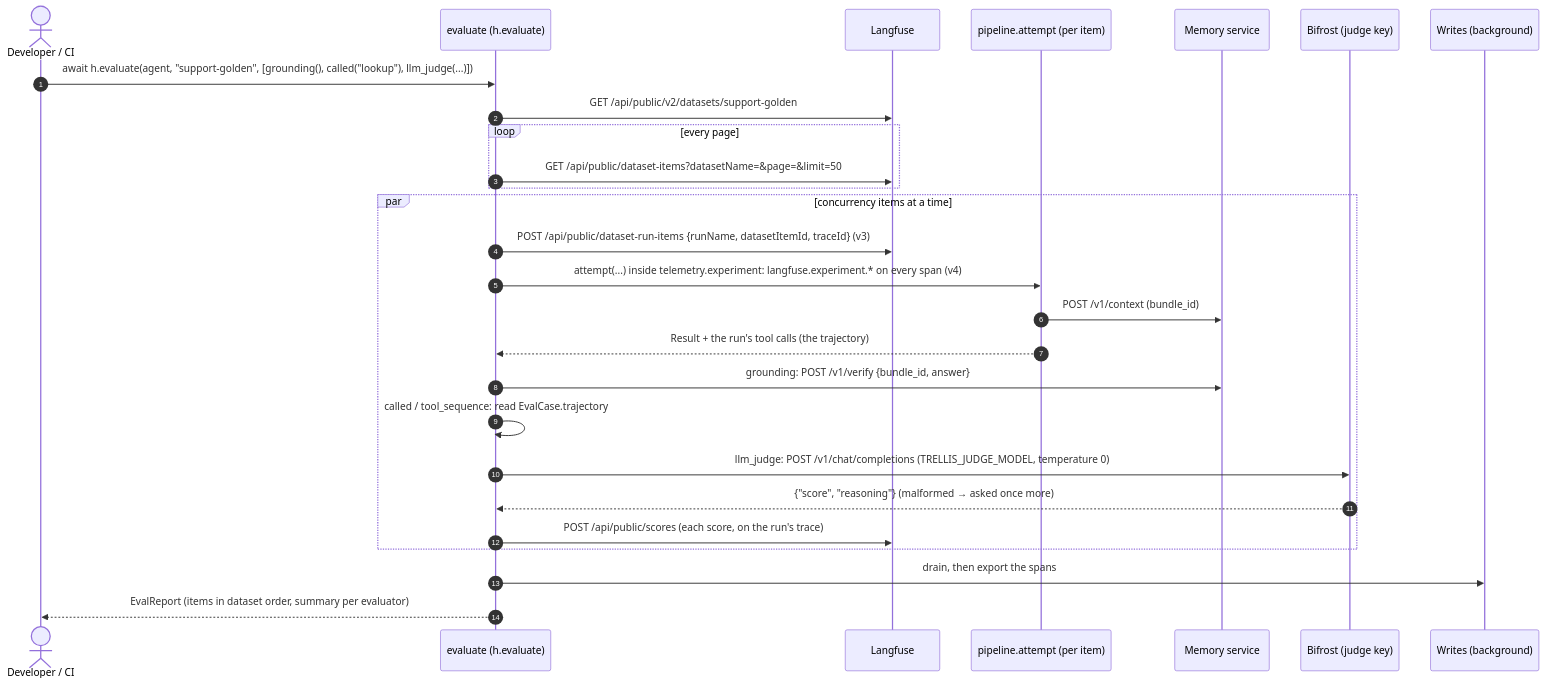
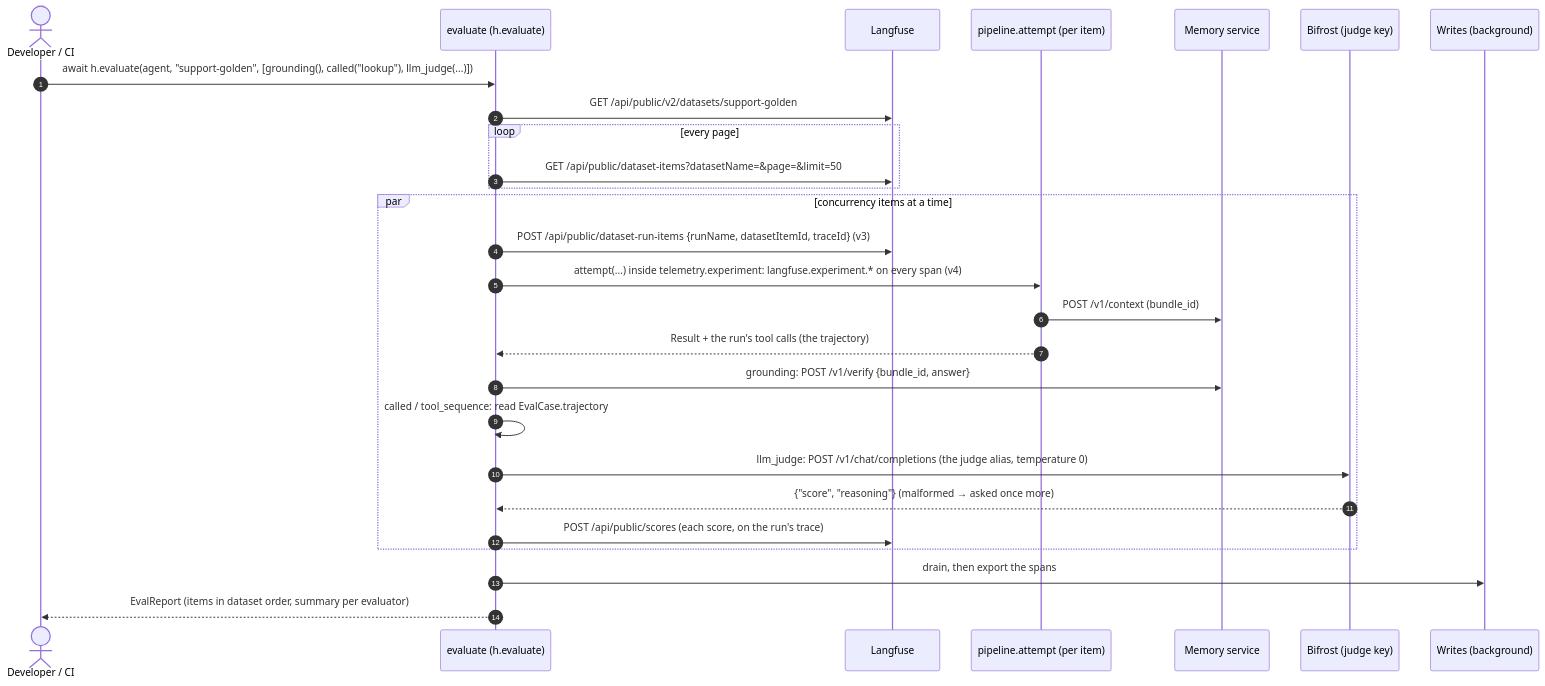
One commit to amitmohapatra/agent-harness changed diagram 11 of 14 in docs/flows.md. Above: the diagram before and after it, drawn with Mermaid. The commit also changed other lines of this file and 19 other files, not shown here.

First line of the commit message:
H6 and W5: Bifrost attribution, the judge alias, and traceparent on gateway calls

````diff
--- a/docs/flows.md
+++ b/docs/flows.md
@@ -466,30 +466,30 @@
 ```mermaid
 sequenceDiagram
   autonumber
   actor Dev as Developer / CI
   participant H as evaluate (h.evaluate)
   participant LF as Langfuse
   participant P as pipeline.attempt (per item)
   participant Mem as Memory service
   participant GW as Bifrost (judge key)
   participant W as Writes (background)
 
   Dev->>H: await h.evaluate(agent, "support-golden", [grounding(), called("lookup"), llm_judge(...)])
   H->>LF: GET /api/public/v2/datasets/support-golden
   loop every page
     H->>LF: GET /api/public/dataset-items?datasetName=&page=&limit=50
   end
   par concurrency items at a time
     H->>LF: POST /api/public/dataset-run-items {runName, datasetItemId, traceId} (v3)
     H->>P: attempt(...) inside telemetry.experiment: langfuse.experiment.* on every span (v4)
     P->>Mem: POST /v1/context (bundle_id)
     P-->>H: Result + the run's tool calls (the trajectory)
     H->>Mem: grounding: POST /v1/verify {bundle_id, answer}
     H->>H: called / tool_sequence: read EvalCase.trajectory
-    H->>GW: llm_judge: POST /v1/chat/completions (TRELLIS_JUDGE_MODEL, temperature 0)
+    H->>GW: llm_judge: POST /v1/chat/completions (the judge alias, temperature 0)
     GW-->>H: {"score", "reasoning"} (malformed → asked once more)
     H->>LF: POST /api/public/scores (each score, on the run's trace)
   end
   H->>W: drain, then export the spans
   H-->>Dev: EvalReport (items in dataset order, summary per evaluator)
 ```
````
